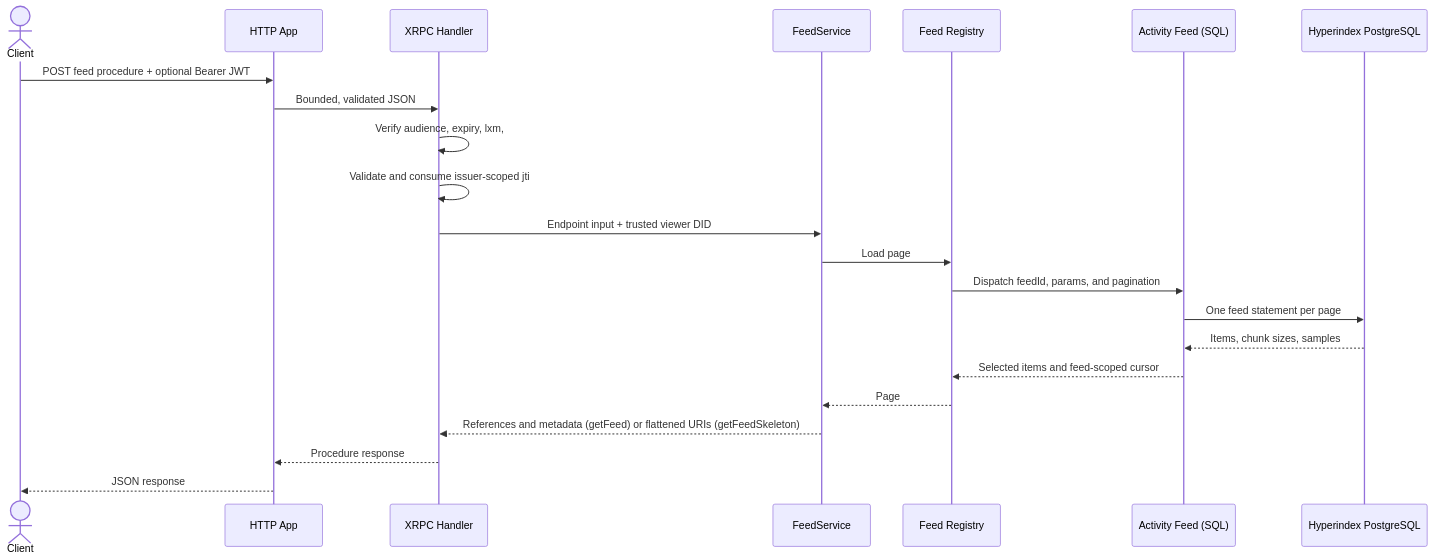
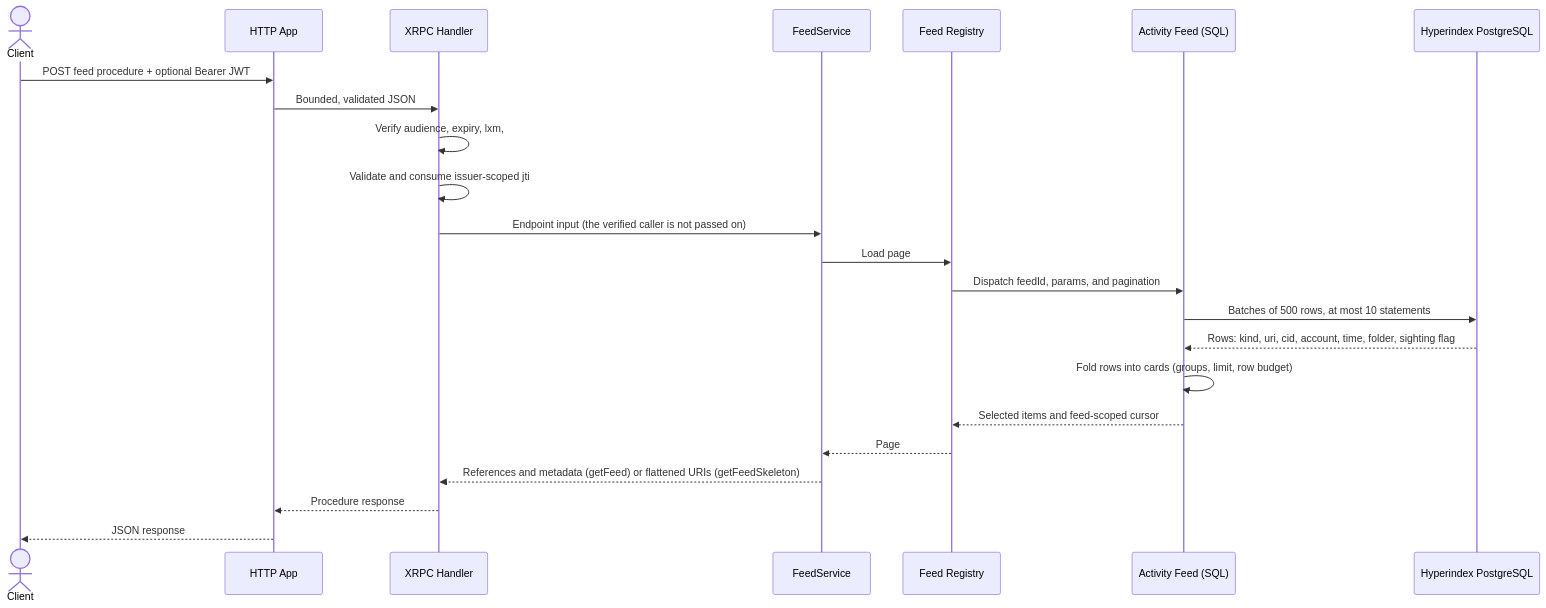
The diagram in README.md (GainForest/gainforest-feed-service), drawn with Mermaid before and after one commit. The commit also changed other lines of this file and 33 other files, not shown here.

First line of the commit message:
feed: group rows per page in the service and drop the following scope

````diff
--- a/README.md
+++ b/README.md
@@ -126,25 +124,26 @@
 ```mermaid
 sequenceDiagram
     actor Client
     participant HTTP as HTTP App
     participant XRPC as XRPC Handler
     participant Service as FeedService
     participant Registry as Feed Registry
     participant Feed as Activity Feed (SQL)
     participant DB as Hyperindex PostgreSQL
 
     Client->>HTTP: POST feed procedure + optional Bearer JWT
     HTTP->>XRPC: Bounded, validated JSON
     XRPC->>XRPC: Verify audience, expiry, lxm, #atproto signature
     XRPC->>XRPC: Validate and consume issuer-scoped jti
-    XRPC->>Service: Endpoint input + trusted viewer DID
+    XRPC->>Service: Endpoint input (the verified caller is not passed on)
     Service->>Registry: Load page
     Registry->>Feed: Dispatch feedId, params, and pagination
-    Feed->>DB: One feed statement per page
-    DB-->>Feed: Items, chunk sizes, samples
+    Feed->>DB: Batches of 500 rows, at most 10 statements
+    DB-->>Feed: Rows: kind, uri, cid, account, time, folder, sighting flag
+    Feed->>Feed: Fold rows into cards (groups, limit, row budget)
     Feed-->>Registry: Selected items and feed-scoped cursor
     Registry-->>Service: Page
     Service-->>XRPC: References and metadata (getFeed) or flattened URIs (getFeedSkeleton)
     XRPC-->>HTTP: Procedure response
     HTTP-->>Client: JSON response
 ```
````
